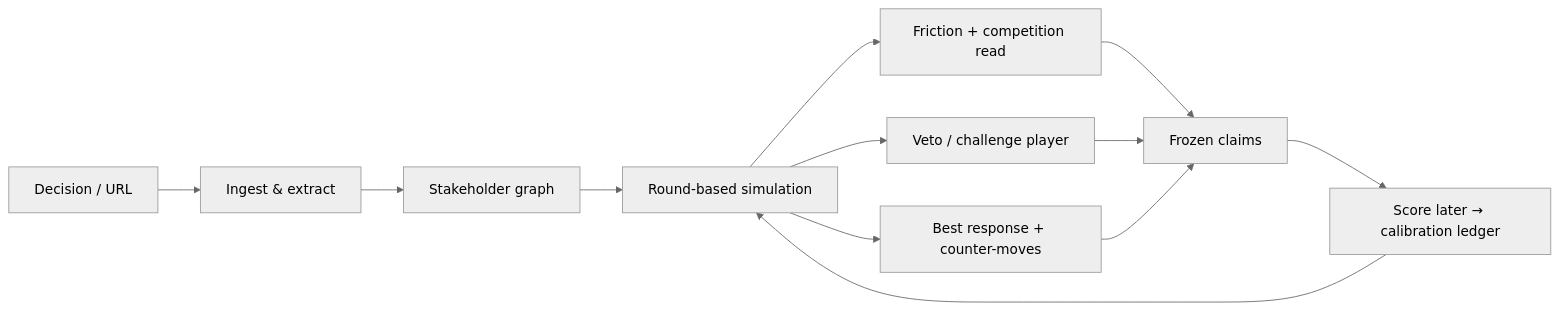
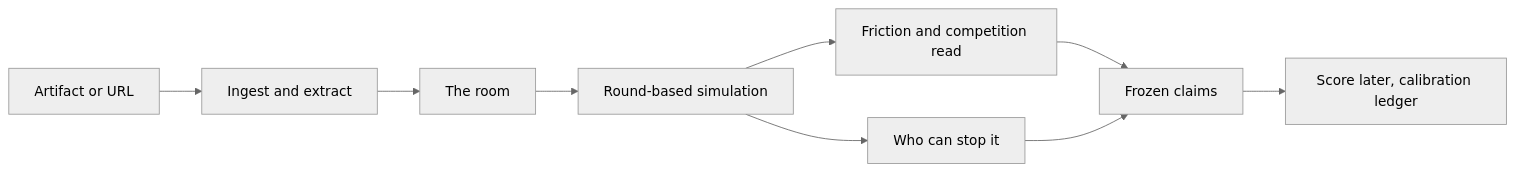
One commit to trillionverselabs-boop/strategic-arena changed the diagram in README.md. Above: the diagram before and after it, drawn with Mermaid (neutral theme). The commit also changed other lines of this file and 14 other files, not shown here.

````diff
--- a/README.md
+++ b/README.md
@@ -223,14 +135,11 @@
 ```mermaid
 flowchart LR
-  A[Decision / URL] --> B[Ingest & extract]
-  B --> C[Stakeholder graph]
+  A[Artifact or URL] --> B[Ingest and extract]
+  B --> C[The room]
   C --> D[Round-based simulation]
-  D --> E[Friction + competition read]
-  D --> F[Veto / challenge player]
-  D --> G[Best response + counter-moves]
-  E --> H[Frozen claims]
-  F --> H
-  G --> H
-  H --> I[Score later → calibration ledger]
-  I --> D
+  D --> E[Friction and competition read]
+  D --> F[Who can stop it]
+  E --> G[Frozen claims]
+  F --> G
+  G --> H[Score later, calibration ledger]
 ```
````
